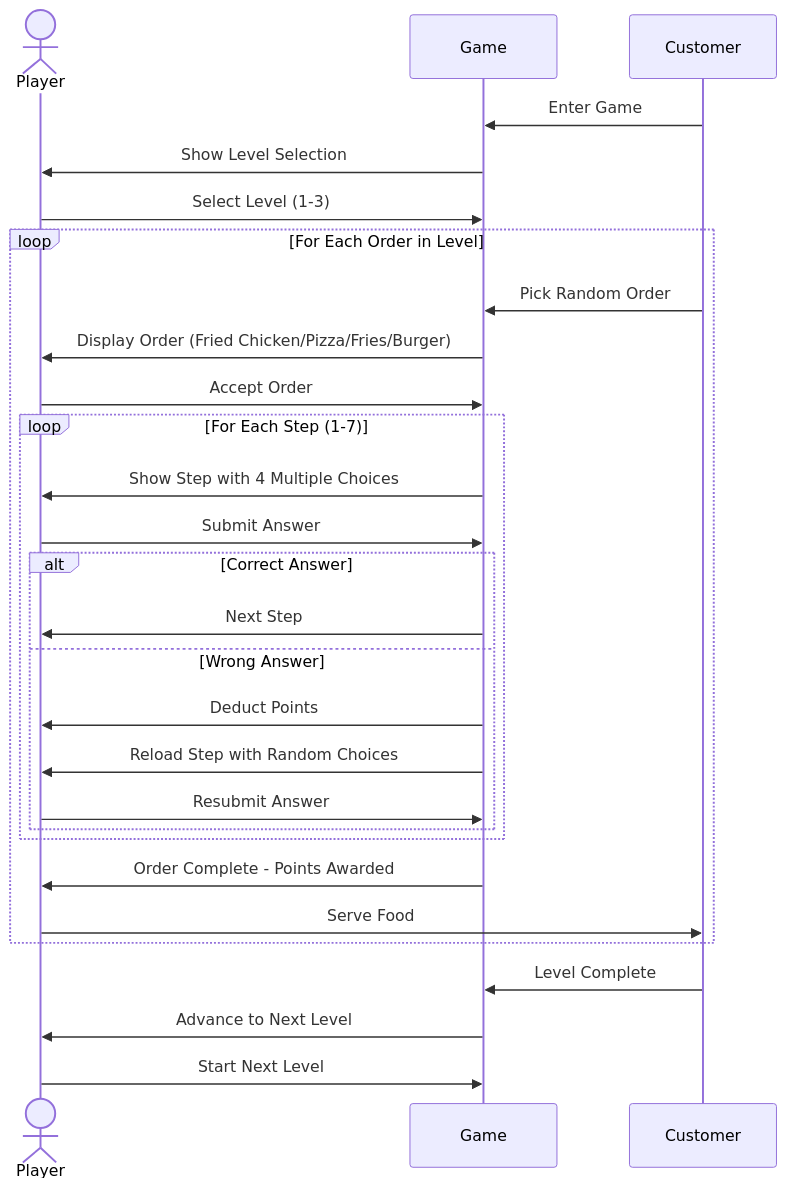
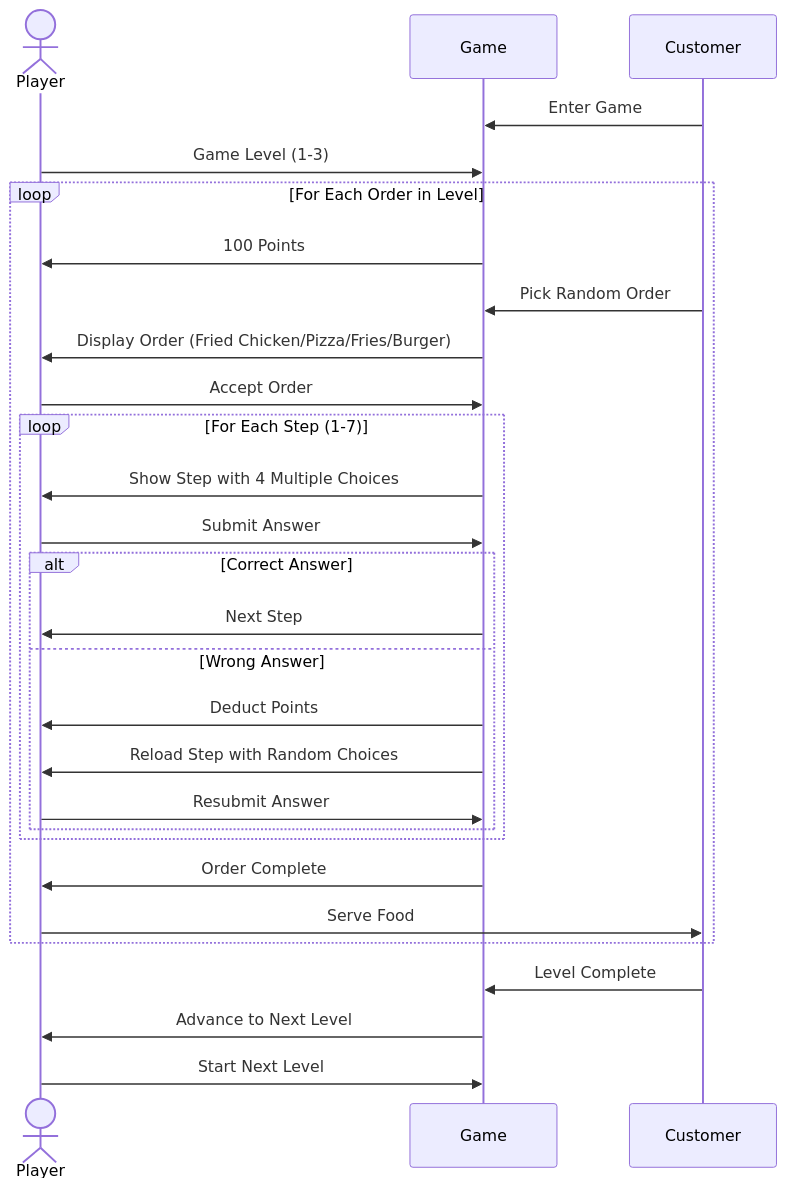
Before and after one commit to Ong-Rj/Chef-Mode-On: the first of 2 diagrams in README.md, drawn with Mermaid.

````diff
--- a/README.md
+++ b/README.md
@@ -2,38 +2,34 @@
 ```mermaid
 sequenceDiagram
-    actor Player
+ actor Player
     participant Game
     participant Customer
-    
     Customer->>Game: Enter Game
-    Game->>Player: Show Level Selection
-    Player->>Game: Select Level (1-3)
-    
+    Player->>Game:  Game Level (1-3)
+   
     loop For Each Order in Level
+     Game->>Player: 100 Points
         Customer->>Game: Pick Random Order
         Game->>Player: Display Order (Fried Chicken/Pizza/Fries/Burger)
         Player->>Game: Accept Order
-        
         loop For Each Step (1-7)
             Game->>Player: Show Step with 4 Multiple Choices
             Player->>Game: Submit Answer
-            
             alt Correct Answer
                 Game->>Player: Next Step
             else Wrong Answer
                 Game->>Player: Deduct Points
+            
                 Game->>Player: Reload Step with Random Choices
                 Player->>Game: Resubmit Answer
+            
             end
         end
-        
-        Game->>Player: Order Complete - Points Awarded
+        Game->>Player: Order Complete 
         Player->>Customer: Serve Food
     end
-    
     Customer->>Game: Level Complete
     Game->>Player: Advance to Next Level
     Player->>Game: Start Next Level
 
-
 ```
````
